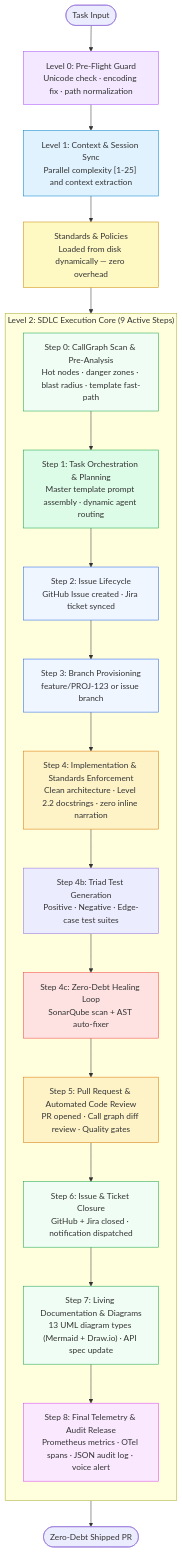
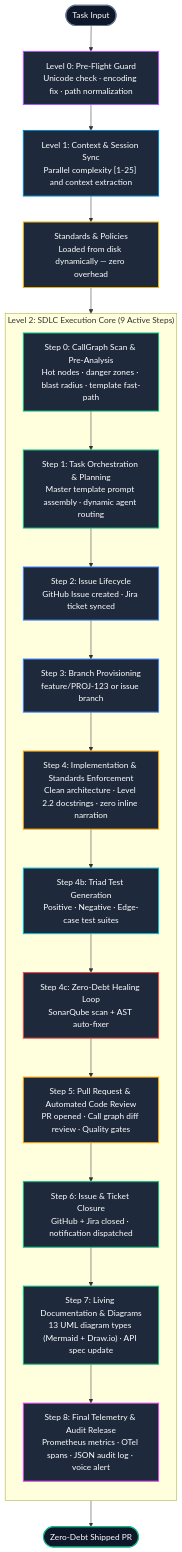
The second of 2 diagrams in README.md (techdeveloper-org/ai-native-sdlc-engine), drawn with Mermaid before and after one commit. The commit also changed other lines of this file and 1 other file, not shown here.

Commit message:
docs: fix color contrast and readability in Mermaid architecture diagrams (#336)

````diff
--- a/README.md
+++ b/README.md
@@ -90,43 +91,46 @@
 ```mermaid
 flowchart TD
     IN(["Task Input"])
 
     L0["Level 0: Pre-Flight Guard\nUnicode check · encoding fix · path normalization"]
     L1["Level 1: Context & Session Sync\nParallel complexity [1-25] and context extraction"]
     ST["Standards & Policies\nLoaded from disk dynamically — zero overhead"]
     
     subgraph L2["Level 2: SDLC Execution Core (9 Active Steps)"]
         direction TB
         S0["Step 0: CallGraph Scan & Pre-Analysis\nHot nodes · danger zones · blast radius · template fast-path"]
         S1["Step 1: Task Orchestration & Planning\nMaster template prompt assembly · dynamic agent routing"]
         S2["Step 2: Issue Lifecycle\nGitHub Issue created · Jira ticket synced"]
         S3["Step 3: Branch Provisioning\nfeature/PROJ-123 or issue branch"]
         S4["Step 4: Implementation & Standards Enforcement\nClean architecture · Level 2.2 docstrings · zero inline narration"]
         S4_TEST["Step 4b: Triad Test Generation\nPositive · Negative · Edge-case test suites"]
         S4_DEBT["Step 4c: Zero-Debt Healing Loop\nSonarQube scan + AST auto-fixer"]
         S5["Step 5: Pull Request & Automated Code Review\nPR opened · Call graph diff review · Quality gates"]
         S6["Step 6: Issue & Ticket Closure\nGitHub + Jira closed · notification dispatched"]
         S7["Step 7: Living Documentation & Diagrams\n13 UML diagram types (Mermaid + Draw.io) · API spec update"]
         S8["Step 8: Final Telemetry & Audit Release\nPrometheus metrics · OTel spans · JSON audit log · voice alert"]
         
         S0 --> S1 --> S2 --> S3 --> S4 --> S4_TEST --> S4_DEBT --> S5 --> S6 --> S7 --> S8
     end
 
     OUT(["Zero-Debt Shipped PR"])
 
     IN --> L0 --> L1 --> ST --> L2 --> OUT
 
-    style L0 fill:#f3e8ff,stroke:#a855f7
-    style L1 fill:#e0f2fe,stroke:#0284c7
-    style ST fill:#fef9c3,stroke:#ca8a04
-    style S0 fill:#f0fdf4,stroke:#16a34a
-    style S1 fill:#dcfce7,stroke:#16a34a
-    style S2 fill:#eff6ff,stroke:#2563eb
-    style S3 fill:#eff6ff,stroke:#2563eb
-    style S4 fill:#fef3c7,stroke:#d97706
-    style S4_DEBT fill:#fee2e2,stroke:#ef4444
-    style S5 fill:#fef3c7,stroke:#d97706
-    style S6 fill:#f0fdf4,stroke:#16a34a
-    style S7 fill:#f0fdf4,stroke:#16a34a
-    style S8 fill:#fae8ff,stroke:#d946ef
+    style IN fill:#0f172a,stroke:#64748b,stroke-width:2px,color:#ffffff
+    style OUT fill:#0f172a,stroke:#10b981,stroke-width:2px,color:#ffffff
+    style L0 fill:#1e293b,stroke:#a855f7,stroke-width:2px,color:#ffffff
+    style L1 fill:#1e293b,stroke:#0284c7,stroke-width:2px,color:#ffffff
+    style ST fill:#1e293b,stroke:#eab308,stroke-width:2px,color:#ffffff
+    style S0 fill:#1e293b,stroke:#10b981,stroke-width:2px,color:#ffffff
+    style S1 fill:#1e293b,stroke:#10b981,stroke-width:2px,color:#ffffff
+    style S2 fill:#1e293b,stroke:#3b82f6,stroke-width:2px,color:#ffffff
+    style S3 fill:#1e293b,stroke:#3b82f6,stroke-width:2px,color:#ffffff
+    style S4 fill:#1e293b,stroke:#f59e0b,stroke-width:2px,color:#ffffff
+    style S4_TEST fill:#1e293b,stroke:#06b6d4,stroke-width:2px,color:#ffffff
+    style S4_DEBT fill:#1e293b,stroke:#ef4444,stroke-width:2px,color:#ffffff
+    style S5 fill:#1e293b,stroke:#f59e0b,stroke-width:2px,color:#ffffff
+    style S6 fill:#1e293b,stroke:#10b981,stroke-width:2px,color:#ffffff
+    style S7 fill:#1e293b,stroke:#10b981,stroke-width:2px,color:#ffffff
+    style S8 fill:#1e293b,stroke:#d946ef,stroke-width:2px,color:#ffffff
 ```
````
